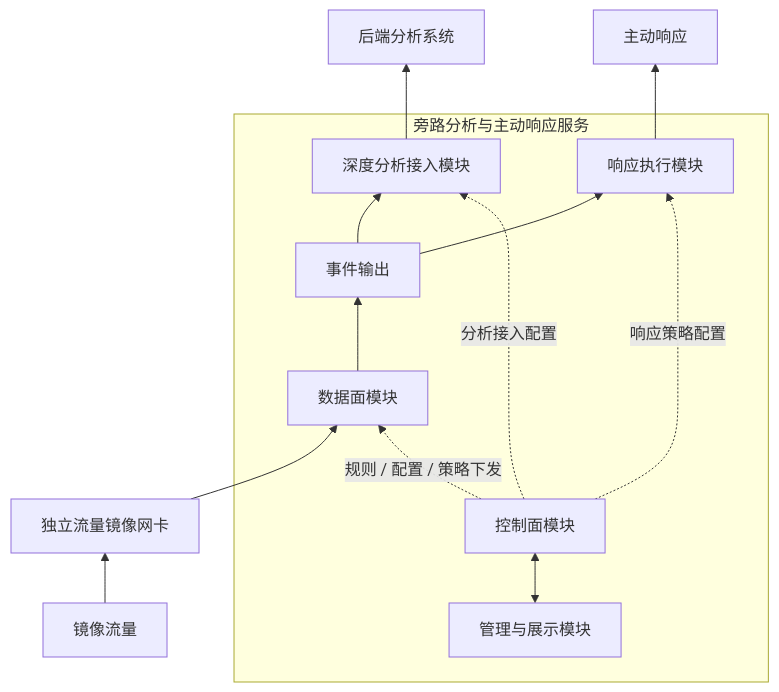
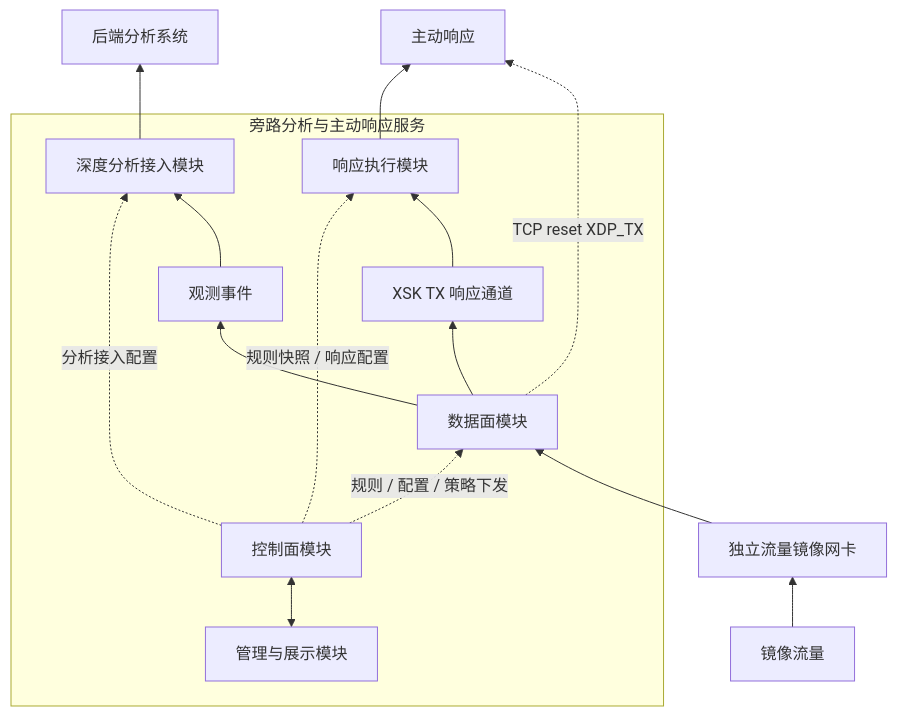
One commit to zxhio/sidersp changed the diagram in README.md. Above: the diagram before and after it, drawn with Mermaid. The commit also changed other lines of this file and 6 other files, not shown here.

````diff
--- a/README.md
+++ b/README.md
@@ -20,26 +22,30 @@
 ```mermaid
 flowchart BT
     A[镜像流量]
     B[独立流量镜像网卡]
 
     subgraph Service[旁路分析与主动响应服务]
         C[数据面模块]
-        D[事件输出]
+        D[观测事件]
+        K[XSK TX 响应通道]
         E[深度分析接入模块]
         G[响应执行模块]
         I[控制面模块]
         J[管理与展示模块]
     end
 
     F[后端分析系统]
     H[主动响应]
 
-    A --> B --> C --> D
+    A --> B --> C
+    C --> D
+    C --> K --> G
     D --> E --> F
-    D --> G --> H
+    C -.TCP reset XDP_TX.-> H
+    G --> H
 
     I -.规则 / 配置 / 策略下发.-> C
+    I -.规则快照 / 响应配置.-> G
     I -.分析接入配置.-> E
-    I -.响应策略配置.-> G
     J <--> I
 ```
````
